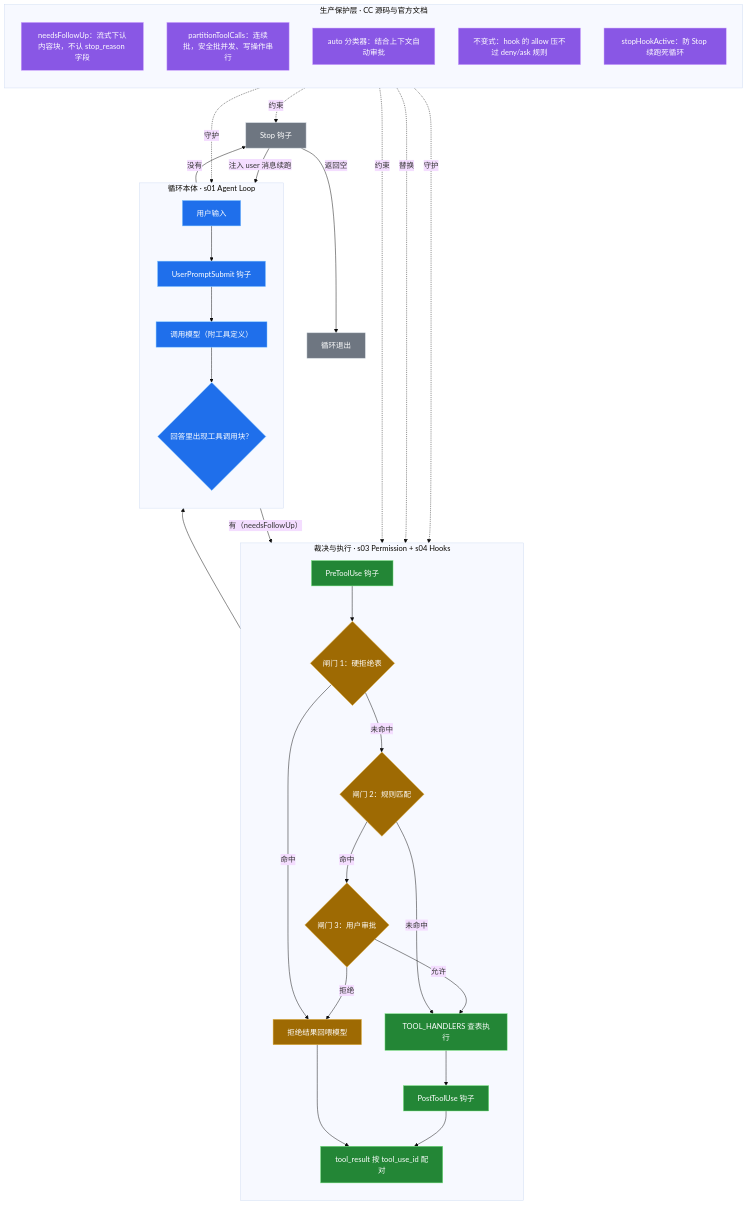
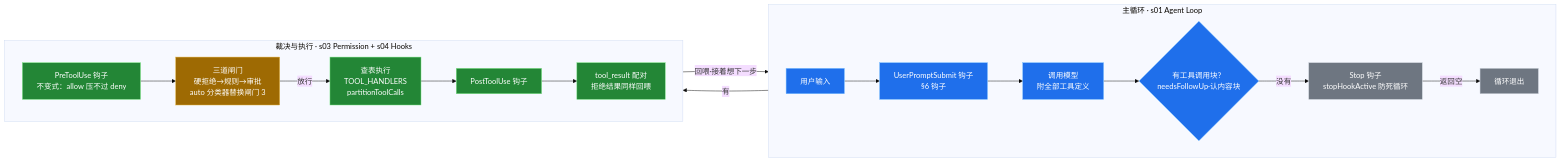
One commit to ThreeFish-AI/negentropy changed the diagram in docs/assets/mermaid/agent-harness/lcc-tooling--panorama.mmd. Above: the diagram before and after it, drawn with Mermaid (base theme). The commit also changed 19 other files, not shown here.

```diff
--- a/docs/assets/mermaid/agent-harness/lcc-tooling--panorama.mmd
+++ b/docs/assets/mermaid/agent-harness/lcc-tooling--panorama.mmd
@@ -1,57 +1,33 @@
-%% source: docs/research/agent-harness/171-claude-code-tooling-execution.md（§2 全貌解剖）
+%% source: docs/research/agent-harness/171-claude-code-tooling-execution.md（§6 末 终态全景）
 %% slug: lcc-tooling--panorama
 %% type: architecture
-%% derived: 首次绘制（2026-10-07，guided-learn 首次精读）
-flowchart TD
-    subgraph LOOP["循环本体 · s01 Agent Loop"]
-        direction TB
-        P["用户输入"] --> UPS["UserPromptSubmit 钩子"]
-        UPS --> LLM["调用模型（附工具定义）"]
-        LLM --> CRIT{"回答里出现工具调用块？"}
+%% derived: 首次绘制（2026-10-07）；2026-10-10 评审改造——主循环一圈走到底（主干串联），生产保护层由独立子图改为节点徽标（不添加子节点）
+flowchart LR
+    subgraph LOOP["主循环 · s01 Agent Loop"]
+        direction LR
+        P["用户输入"] --> UPS["UserPromptSubmit 钩子<br/>§6 钩子"]
+        UPS --> LLM["调用模型<br/>附全部工具定义"]
+        LLM --> CRIT{"有工具调用块？<br/>needsFollowUp·认内容块"}
+        CRIT -- "没有" --> STOP["Stop 钩子<br/>stopHookActive 防死循环"]
+        STOP -- "返回空" --> DONE["循环退出"]
     end
 
     subgraph SAFE["裁决与执行 · s03 Permission + s04 Hooks"]
-        direction TB
-        CRIT -- "有（needsFollowUp）" --> PRE["PreToolUse 钩子"]
-        PRE --> G1{"闸门 1：硬拒绝表"}
-        G1 -- "命中" --> DENY["拒绝结果回喂模型"]
-        G1 -- "未命中" --> G2{"闸门 2：规则匹配"}
-        G2 -- "未命中" --> RUN["TOOL_HANDLERS 查表执行"]
-        G2 -- "命中" --> G3{"闸门 3：用户审批"}
-        G3 -- "拒绝" --> DENY
-        G3 -- "允许" --> RUN
+        direction LR
+        PRE["PreToolUse 钩子<br/>不变式：allow 压不过 deny"] --> G["三道闸门<br/>硬拒绝→规则→审批<br/>auto 分类器替换闸门 3"]
+        G -- "放行" --> RUN["查表执行<br/>TOOL_HANDLERS<br/>partitionToolCalls"]
         RUN --> POST["PostToolUse 钩子"]
-        DENY --> TR
-        POST --> TR["tool_result 按 tool_use_id 配对"]
+        POST --> TR["tool_result 配对<br/>拒绝结果同样回喂"]
     end
 
-    TR --> LLM
-    CRIT -- "没有" --> STOP["Stop 钩子"]
-    STOP -- "注入 user 消息续跑" --> LLM
-    STOP -- "返回空" --> DONE["循环退出"]
-
-    subgraph PROD["生产保护层 · CC 源码与官方文档"]
-        direction TB
-        NF["needsFollowUp：流式下认内容块，不认 stop_reason 字段"]
-        PT["partitionToolCalls：连续批，安全批并发、写操作串行"]
-        CLS["auto 分类器：结合上下文自动审批"]
-        INV["不变式：hook 的 allow 压不过 deny/ask 规则"]
-        SHA["stopHookActive：防 Stop 续跑死循环"]
-    end
-
-    NF -.守护.-> CRIT
-    PT -.守护.-> RUN
-    CLS -.替换.-> G3
-    INV -.约束.-> PRE
-    SHA -.约束.-> STOP
+    CRIT -- "有" --> PRE
+    TR -- "回喂·接着想下一步" --> LLM
 
     classDef loopnode fill:#1f6feb,stroke:#79c0ff,color:#ffffff
     classDef safenode fill:#238636,stroke:#7ee787,color:#ffffff
     classDef gatenode fill:#9e6a03,stroke:#e3b341,color:#ffffff
-    classDef prodnode fill:#8957e5,stroke:#d2a8ff,color:#ffffff
     classDef endnode fill:#6e7681,stroke:#c9d1d9,color:#ffffff
     class P,UPS,LLM,CRIT loopnode
     class PRE,POST,TR,RUN safenode
-    class G1,G2,G3,DENY gatenode
+    class G gatenode
     class STOP,DONE endnode
-    class NF,PT,CLS,INV,SHA prodnode
```
